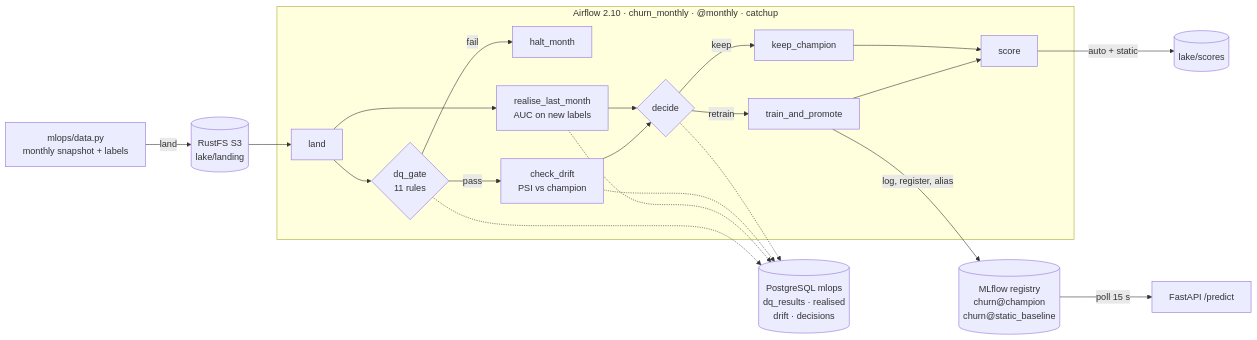
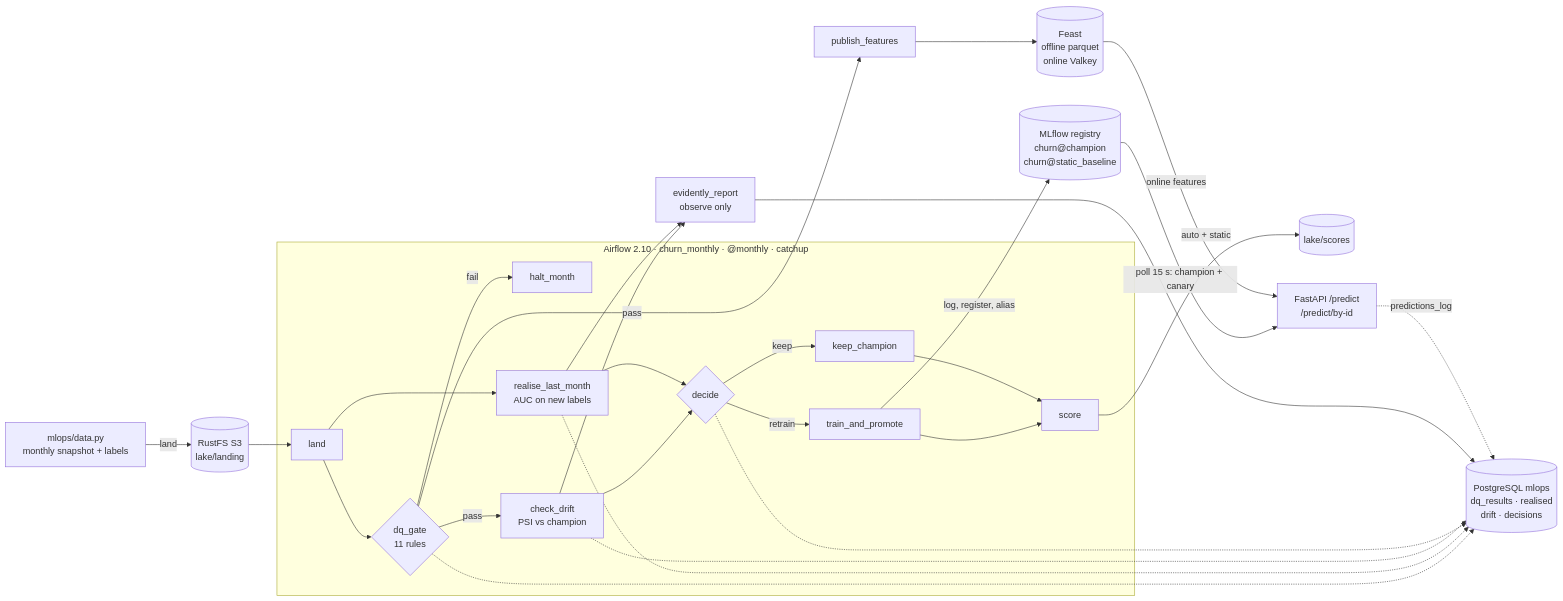
The diagram in README.md (masterfabric/masterfabric-airflow-mlops), drawn with Mermaid before and after one commit. The commit also changed other lines of this file and 2 other files, not shown here.

Commit message:
README: Evidently, Feast and canary results with Figures 7-10 and 17-23, quickstart, walkthrough, limitations

````diff
--- a/README.md
+++ b/README.md
@@ -61,21 +67,25 @@
 ```mermaid
 flowchart LR
   G[mlops/data.py<br/>monthly snapshot + labels] -->|land| S3[(RustFS S3<br/>lake/landing)]
   subgraph AF[Airflow 2.10 · churn_monthly · @monthly · catchup]
     L[land] --> Q{dq_gate<br/>11 rules}
     Q -->|fail| H[halt_month]
     Q -->|pass| D[check_drift<br/>PSI vs champion]
     L --> R[realise_last_month<br/>AUC on new labels]
     D --> X{decide}
     R --> X
     X -->|retrain| T[train_and_promote]
     X -->|keep| K[keep_champion]
     T --> SC[score]
     K --> SC
   end
   S3 --> L
   T -->|log, register, alias| MLF[(MLflow registry<br/>churn@champion<br/>churn@static_baseline)]
   SC -->|auto + static| OUT[(lake/scores)]
-  MLF -->|poll 15 s| API[FastAPI /predict]
+  MLF -->|poll 15 s: champion + canary| API[FastAPI /predict<br/>/predict/by-id]
   Q & R & D & X -.-> PG[(PostgreSQL mlops<br/>dq_results · realised<br/>drift · decisions)]
+  Q -->|pass| PF[publish_features] --> FS[(Feast<br/>offline parquet<br/>online Valkey)]
+  FS -->|online features| API
+  D & R --> EV[evidently_report<br/>observe only] --> PG
+  API -.->|predictions_log| PG
 ```
````
